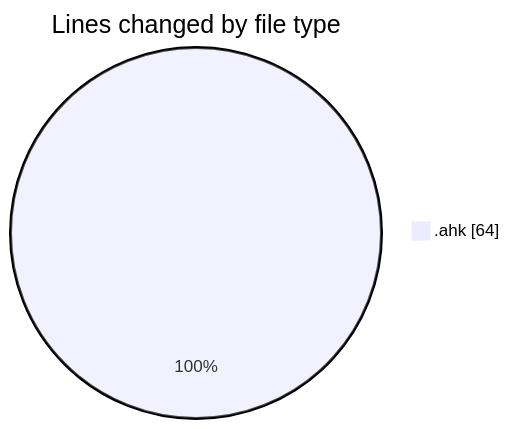
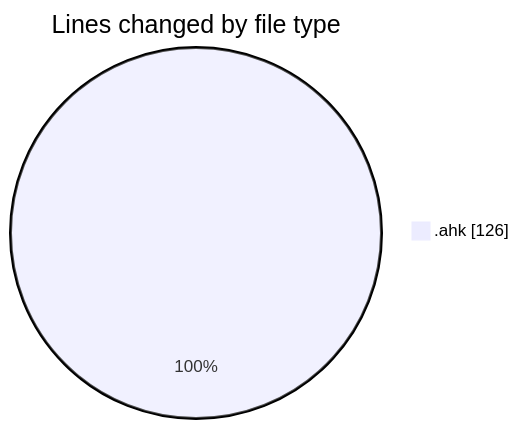
The first of 2 diagrams in 2025-01-25/desktop/README.md (Ritupan-Deka/code-tracking), drawn with Mermaid before and after one commit. The commit also changed other lines of this file and 1 other file, not shown here.

````diff
--- a/2025-01-25/desktop/README.md
+++ b/2025-01-25/desktop/README.md
@@ -20,5 +20,5 @@
 ```mermaid
 pie showData
 title Lines changed by file type
-".ahk" : 64
+".ahk" : 126
 ```
````
